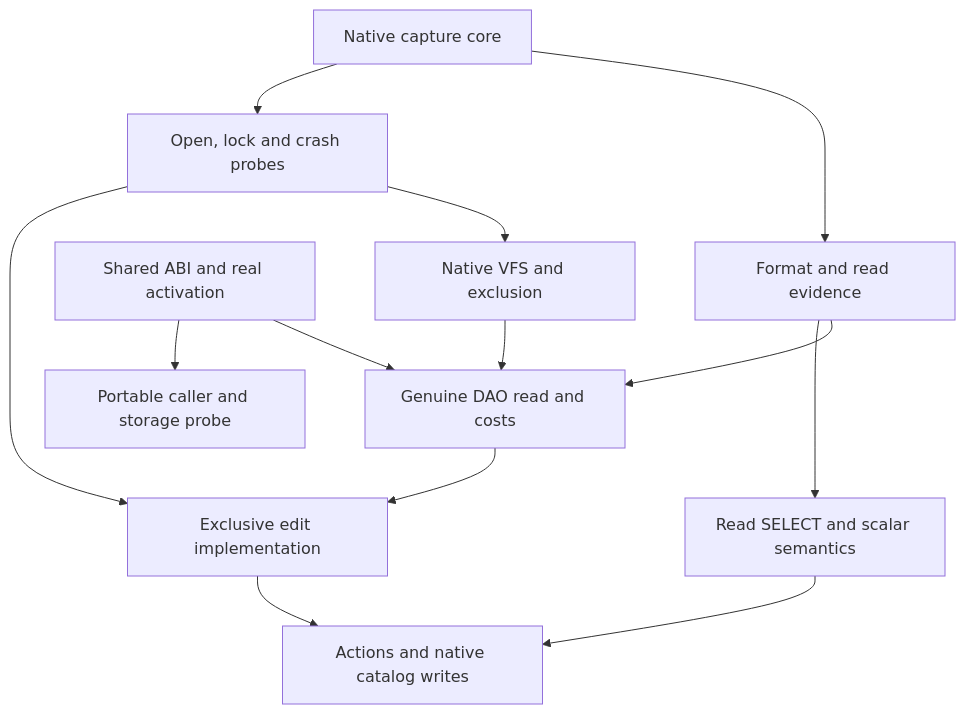
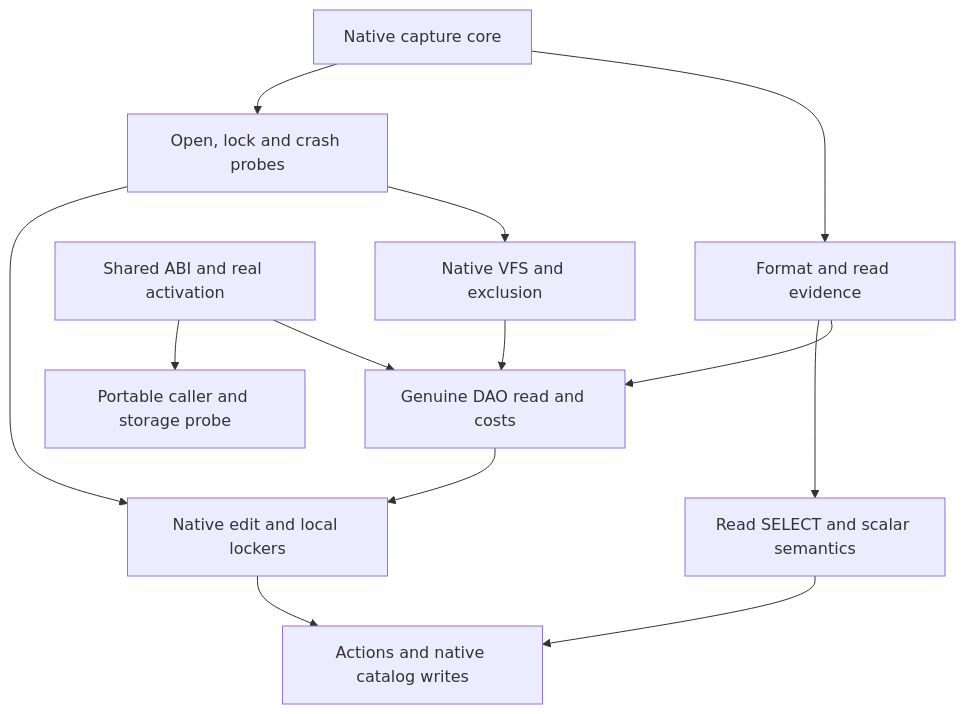
Before and after one commit to DnaCalc/CalcDb: the first of 3 diagrams in docs/book/II-16-development.md, drawn with Mermaid. The commit also changed other lines of this file and 41 other files, not shown here.

````diff
--- a/docs/book/II-16-development.md
+++ b/docs/book/II-16-development.md
@@ -21,15 +21,15 @@
 ```mermaid
 flowchart TD
     O["Native capture core"] --> F["Format and read evidence"]
     O --> X["Open, lock and crash probes"]
     A["Shared ABI and real activation"] --> D["Genuine DAO read and costs"]
     F --> D
     X --> V["Native VFS and exclusion"]
     V --> D
     A --> B["Portable caller and storage probe"]
     F --> Q["Read SELECT and scalar semantics"]
-    D --> W["Exclusive edit implementation"]
+    D --> W["Native edit and local lockers"]
     X --> W
     Q --> C["Actions and native catalog writes"]
     W --> C
 ```
````
